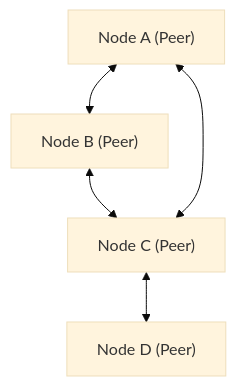
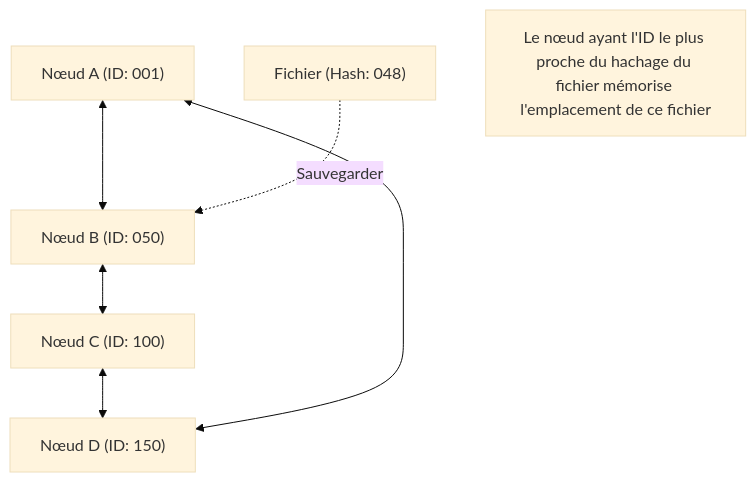
The diagram in content/post/history-of-p2p/index.fr.md (kenjinote/blog), drawn with Mermaid (base theme) before and after one commit. The commit also changed other lines of this file and 67 other files, not shown here.

````diff
--- a/content/post/history-of-p2p/index.fr.md
+++ b/content/post/history-of-p2p/index.fr.md
@@ -22,7 +44,9 @@
 ```mermaid
-graph TD;
-    A["Node A (Peer)"] <--> B["Node B (Peer)"];
-    B <--> C["Node C (Peer)"];
-    C <--> A;
-    C <--> D["Node D (Peer)"];
+graph TD
+    NodeA["Nœud A (ID: 001)"] <--> NodeB["Nœud B (ID: 050)"]
+    NodeB <--> NodeC["Nœud C (ID: 100)"]
+    NodeC <--> NodeD["Nœud D (ID: 150)"]
+    NodeD <--> NodeA
+    File["Fichier (Hash: 048)"] -.->|"Sauvegarder"| NodeB
+    Note["Le nœud ayant l'ID le plus proche du hachage du fichier mémorise l'emplacement de ce fichier"]
 ```
````
